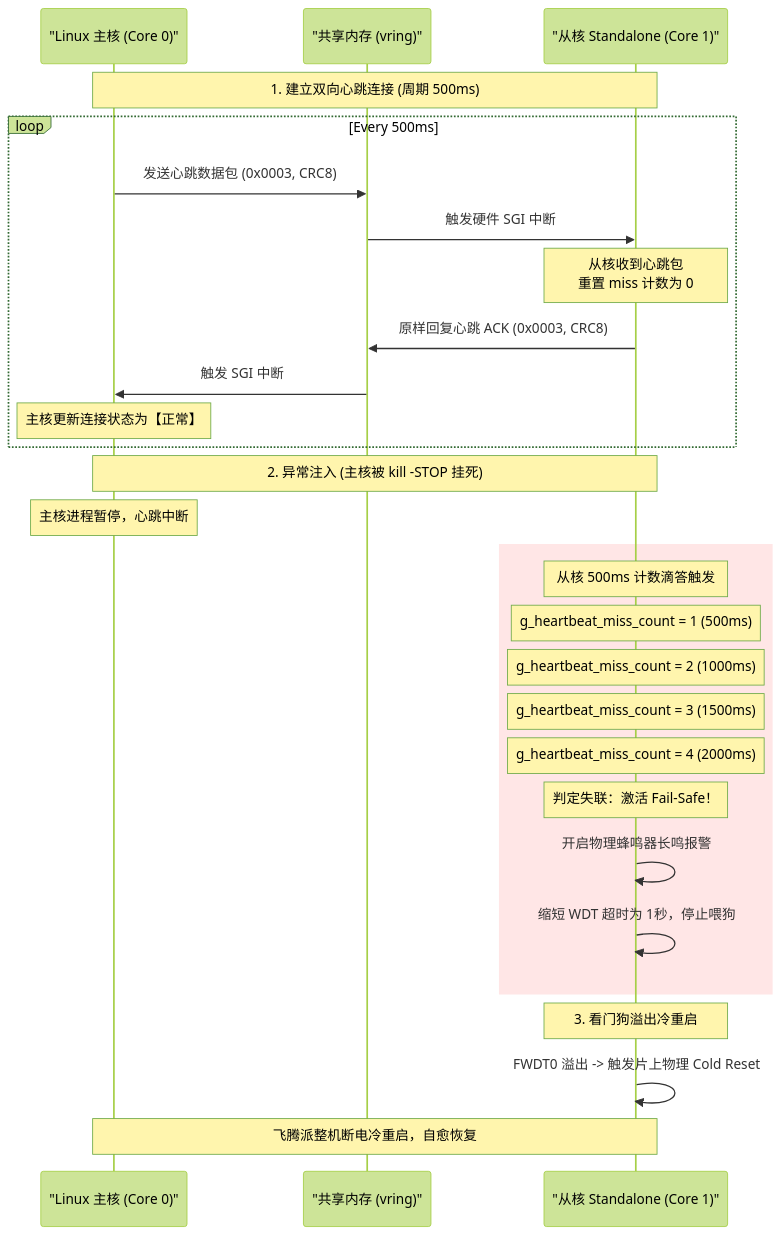
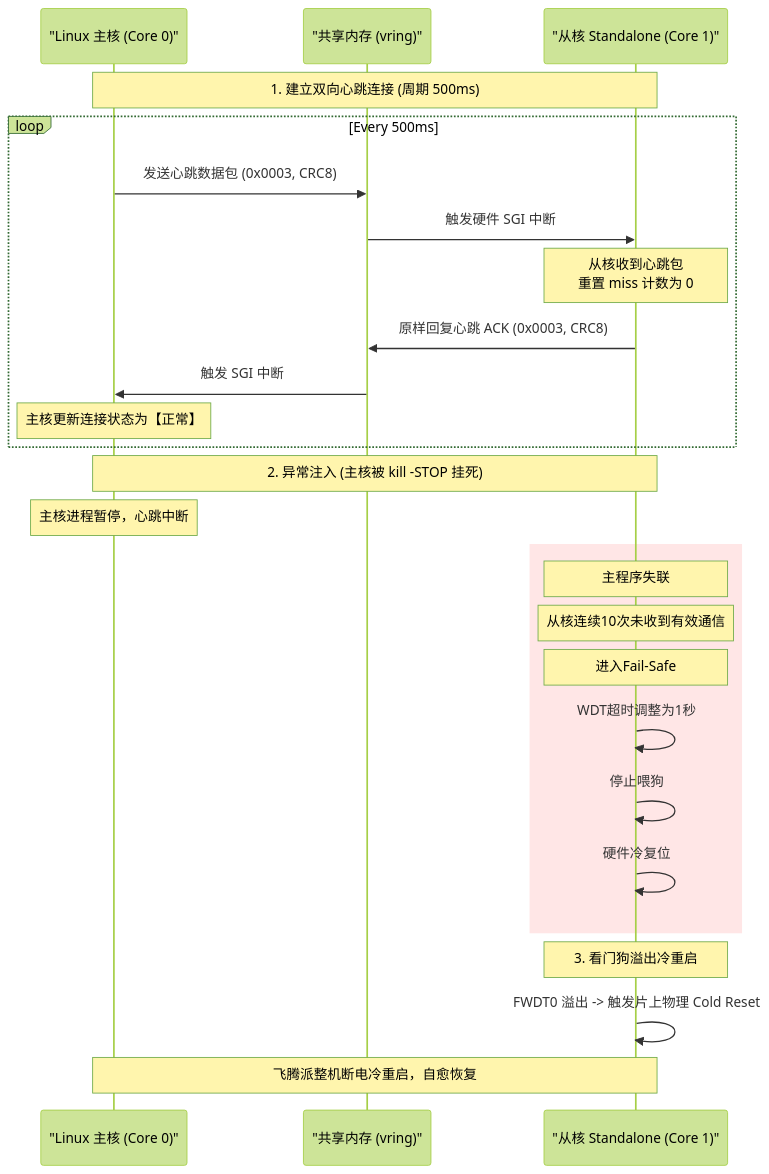
One commit to istiurosmadelgordont-cloud/PPE_System changed the diagram in Phytium_PPE_System_SourceCode/docs/communication-flow.md. Above: the diagram before and after it, drawn with Mermaid (forest theme). The commit also changed other lines of this file, not shown here.

Commit message:
docs: align communication flow document with actual protocol, CRC logic and timing metrics

````diff
--- a/Phytium_PPE_System_SourceCode/docs/communication-flow.md
+++ b/Phytium_PPE_System_SourceCode/docs/communication-flow.md
@@ -102,34 +74,32 @@
 ```mermaid
 sequenceDiagram
     participant Master as "Linux 主核 (Core 0)"
     participant Shared as "共享内存 (vring)"
     participant Slave as "从核 Standalone (Core 1)"
 
     Note over Master, Slave: 1. 建立双向心跳连接 (周期 500ms)
     loop Every 500ms
         Master->>Shared: 发送心跳数据包 (0x0003, CRC8)
         Shared->>Slave: 触发硬件 SGI 中断
         Note over Slave: 从核收到心跳包<br>重置 miss 计数为 0
         Slave->>Shared: 原样回复心跳 ACK (0x0003, CRC8)
         Shared->>Master: 触发 SGI 中断
         Note over Master: 主核更新连接状态为【正常】
     end
 
     Note over Master, Slave: 2. 异常注入 (主核被 kill -STOP 挂死)
     Note over Master: 主核进程暂停，心跳中断
 
     rect rgb(255, 230, 230)
-        Note over Slave: 从核 500ms 计数滴答触发
-        Note over Slave: g_heartbeat_miss_count = 1 (500ms)
-        Note over Slave: g_heartbeat_miss_count = 2 (1000ms)
-        Note over Slave: g_heartbeat_miss_count = 3 (1500ms)
-        Note over Slave: g_heartbeat_miss_count = 4 (2000ms)
-        Note over Slave: 判定失联：激活 Fail-Safe！
-        Slave->>Slave: 开启物理蜂鸣器长鸣报警
-        Slave->>Slave: 缩短 WDT 超时为 1秒，停止喂狗
+        Note over Slave: 主程序失联
+        Note over Slave: 从核连续10次未收到有效通信
+        Note over Slave: 进入Fail-Safe
+        Slave->>Slave: WDT超时调整为1秒
+        Slave->>Slave: 停止喂狗
+        Slave->>Slave: 硬件冷复位
     end
 
     Note over Slave: 3. 看门狗溢出冷重启
     Slave->>Slave: FWDT0 溢出 -> 触发片上物理 Cold Reset
     Note over Master, Slave: 飞腾派整机断电冷重启，自愈恢复
 ```
````
